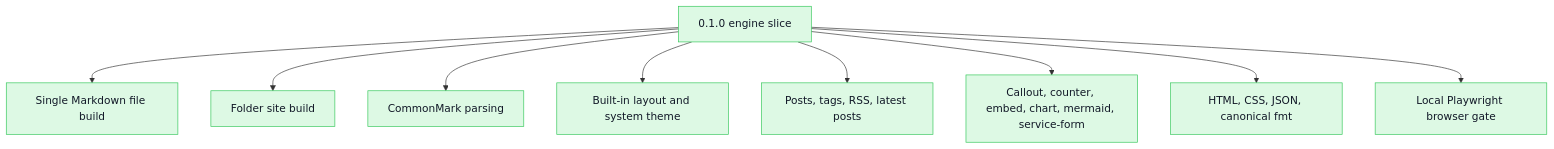
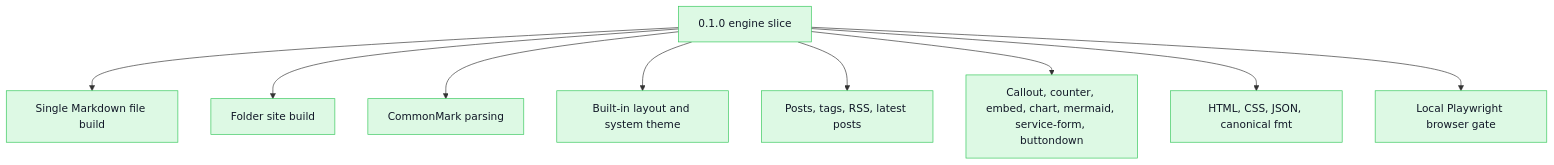
Before and after one commit to TileDown/tile-down: the second of 9 diagrams in README.md, drawn with Mermaid. The commit also changed other lines of this file and 19 other files, not shown here.

````diff
--- a/README.md
+++ b/README.md
@@ -425,14 +455,14 @@
 ```mermaid
 flowchart TD
   Current["0.1.0 engine slice"]:::done
   Current --> SingleFile["Single Markdown file build"]:::done
   Current --> SiteBuild["Folder site build"]:::done
   Current --> CommonMark["CommonMark parsing"]:::done
   Current --> Themes["Built-in layout and system theme"]:::done
   Current --> Tags["Posts, tags, RSS, latest posts"]:::done
-  Current --> TilesNow["Callout, counter, embed, chart, mermaid, service-form"]:::done
+  Current --> TilesNow["Callout, counter, embed, chart, mermaid, service-form, buttondown"]:::done
   Current --> Outputs["HTML, CSS, JSON, canonical fmt"]:::done
   Current --> BrowserGate["Local Playwright browser gate"]:::done
 
   classDef done fill:#ddf9e4,stroke:#34c759,color:#111827
 ```
````
